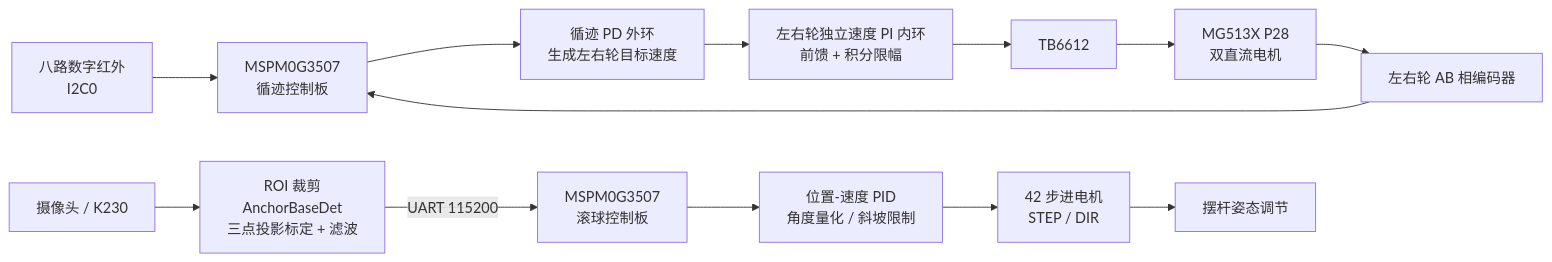
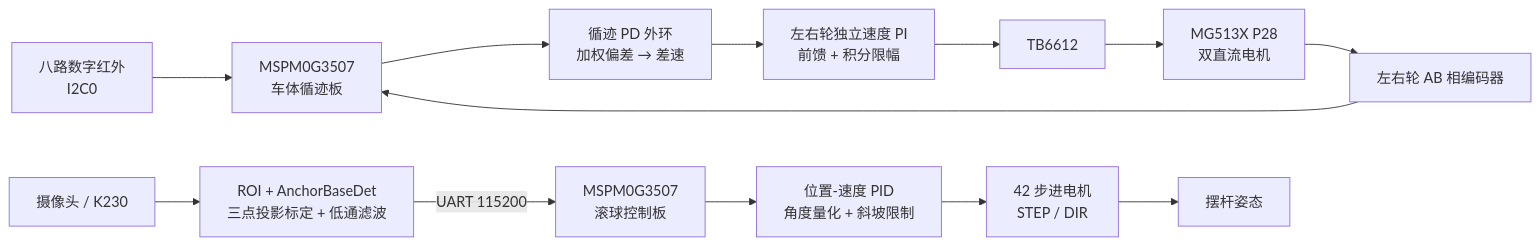
The diagram in README.md (xiaoli79/26-electronic-competition), drawn with Mermaid before and after one commit. The commit also changed other lines of this file and 1 other file, not shown here.

````diff
--- a/README.md
+++ b/README.md
@@ -29,16 +65,16 @@
 ```mermaid
 flowchart LR
-    IR["八路数字红外<br/>I2C0"] --> CAR["MSPM0G3507<br/>循迹控制板"]
+    IR["八路数字红外<br/>I2C0"] --> CAR["MSPM0G3507<br/>车体循迹板"]
     ENC["左右轮 AB 相编码器"] --> CAR
-    CAR --> OUTER["循迹 PD 外环<br/>生成左右轮目标速度"]
-    OUTER --> INNER["左右轮独立速度 PI 内环<br/>前馈 + 积分限幅"]
-    INNER --> TB["TB6612"]
+    CAR --> PD["循迹 PD 外环<br/>加权偏差 → 差速"]
+    PD --> PI["左右轮独立速度 PI<br/>前馈 + 积分限幅"]
+    PI --> TB["TB6612"]
     TB --> WHEEL["MG513X P28<br/>双直流电机"]
     WHEEL --> ENC
 
-    CAM["摄像头 / K230"] --> VISION["ROI 裁剪<br/>AnchorBaseDet<br/>三点投影标定 + 滤波"]
-    VISION -->|UART 115200| BALL["MSPM0G3507<br/>滚球控制板"]
-    BALL --> PID["位置-速度 PID<br/>角度量化 / 斜坡限制"]
+    CAM["摄像头 / K230"] --> AI["ROI + AnchorBaseDet<br/>三点投影标定 + 低通滤波"]
+    AI -->|UART 115200| BALL["MSPM0G3507<br/>滚球控制板"]
+    BALL --> PID["位置-速度 PID<br/>角度量化 + 斜坡限制"]
     PID --> STEP["42 步进电机<br/>STEP / DIR"]
-    STEP --> PIPE["摆杆姿态调节"]
+    STEP --> PIPE["摆杆姿态"]
 ```
````
